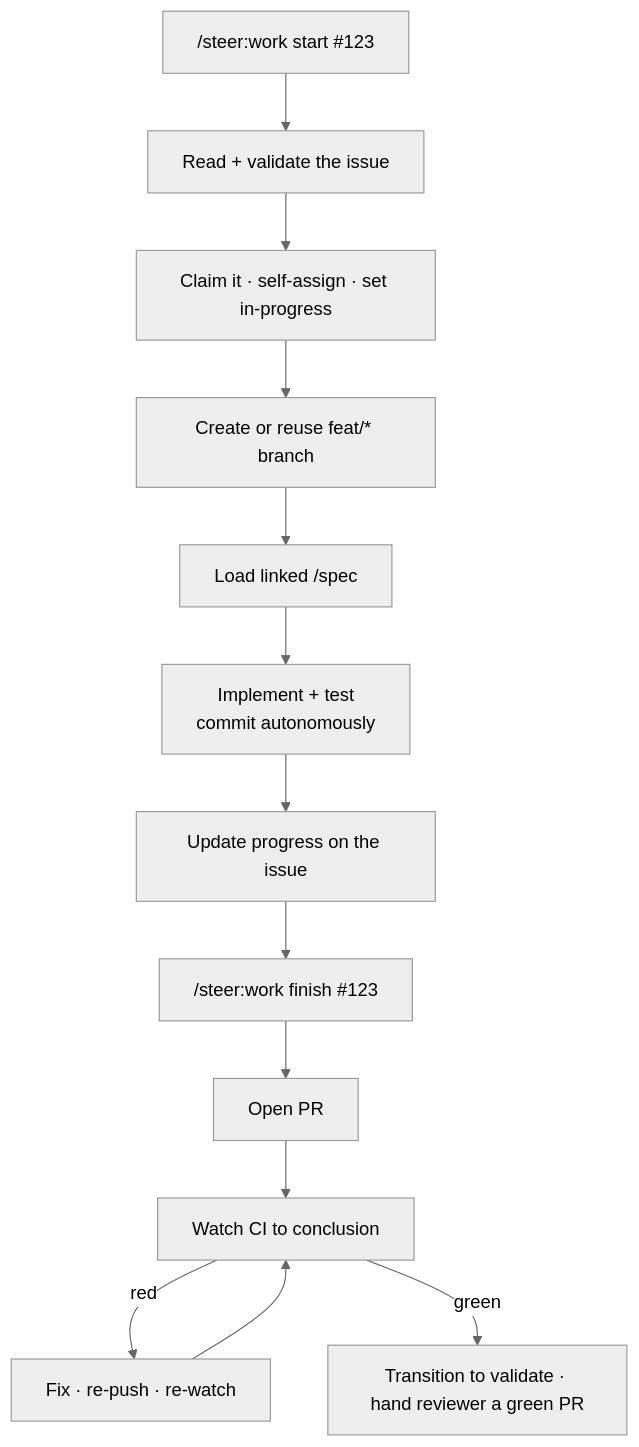
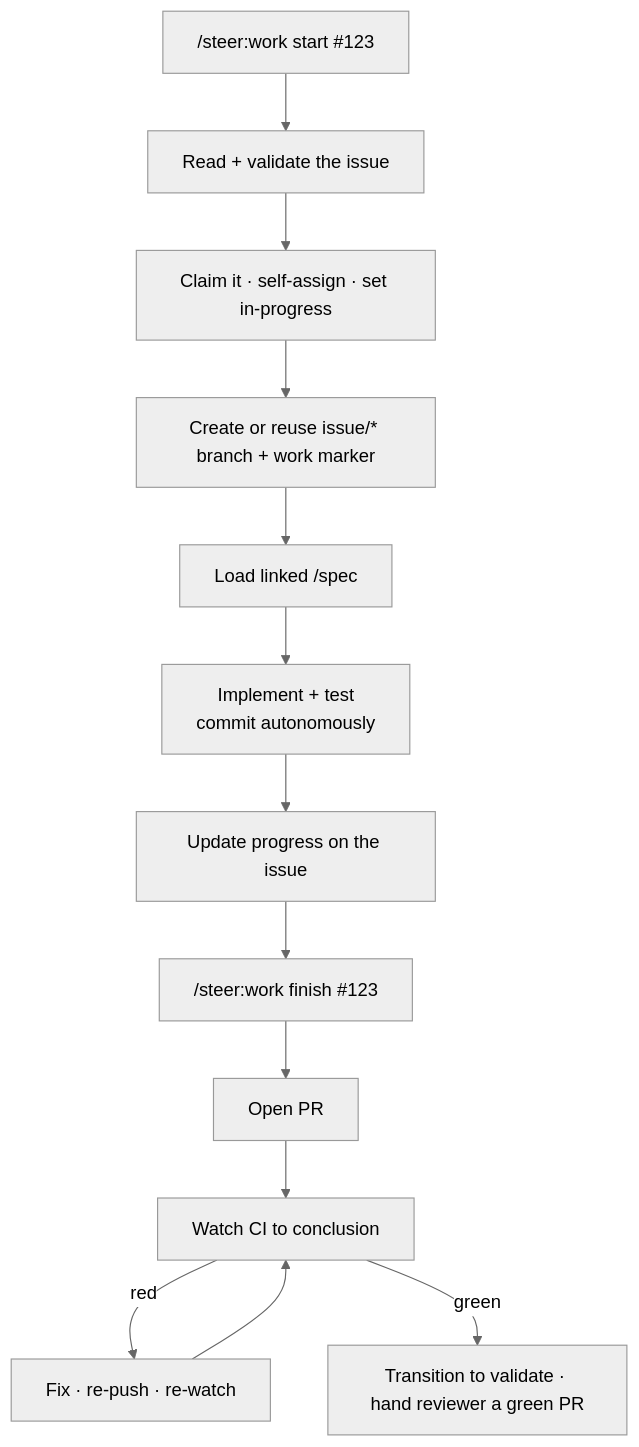
The diagram in docs/workflows/work.md (element22llc/e22-plugins), drawn with Mermaid (neutral theme) before and after one commit. The commit also changed other lines of this file and 1 other file, not shown here.

First line of the commit message:
docs: reflect delivery-mode awareness in work and build workflow pages

````diff
--- a/docs/workflows/work.md
+++ b/docs/workflows/work.md
@@ -14,15 +14,15 @@
 ```mermaid
 flowchart TD
     START["/steer:work start #123"] --> VALIDATE[Read + validate the issue]
     VALIDATE --> CLAIM[Claim it · self-assign · set in-progress]
-    CLAIM --> BRANCH[Create or reuse feat/* branch]
+    CLAIM --> BRANCH[Create or reuse issue/* branch + work marker]
     BRANCH --> SPEC[Load linked /spec]
     SPEC --> IMPL[Implement + test<br/>commit autonomously]
     IMPL --> PROGRESS[Update progress on the issue]
     PROGRESS --> FINISH["/steer:work finish #123"]
     FINISH --> PR[Open PR]
     PR --> WATCH[Watch CI to conclusion]
     WATCH -->|red| FIX[Fix · re-push · re-watch]
     FIX --> WATCH
     WATCH -->|green| STATE[Transition to validate · hand reviewer a green PR]
 ```
````
